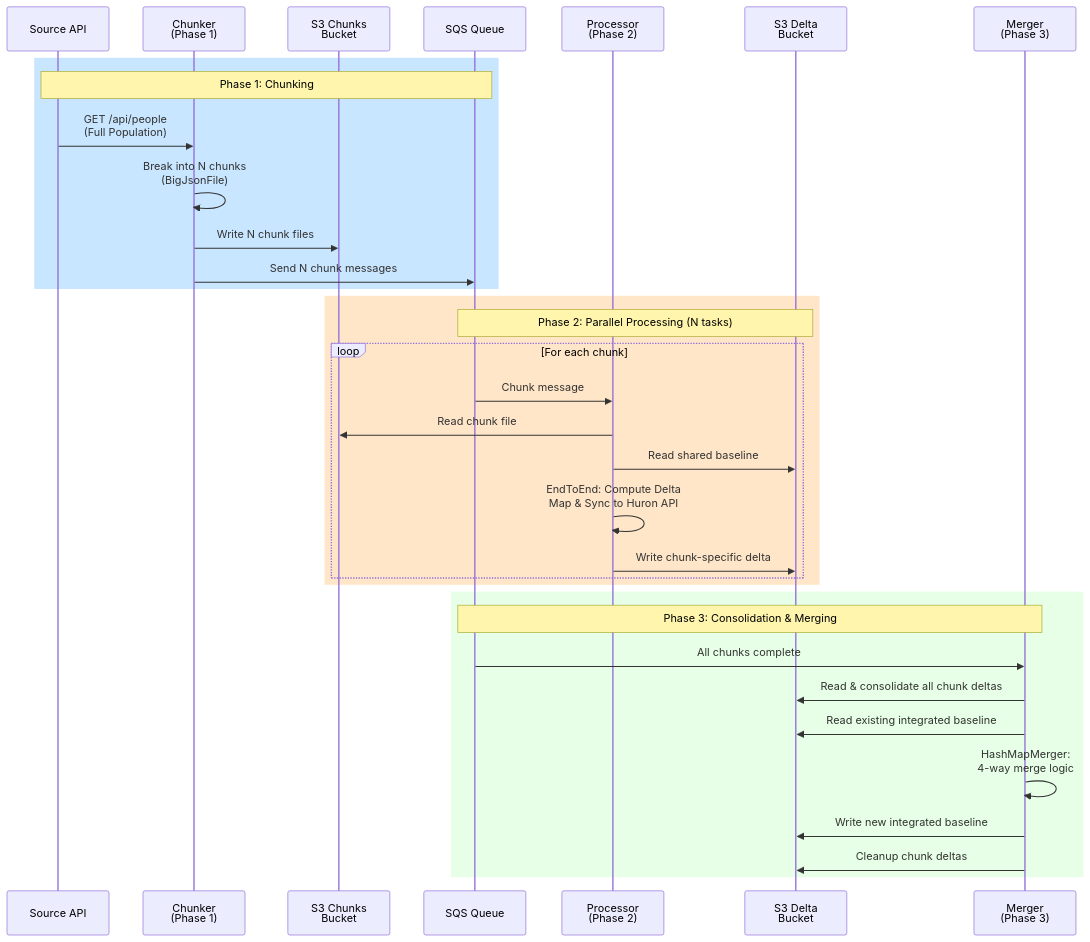
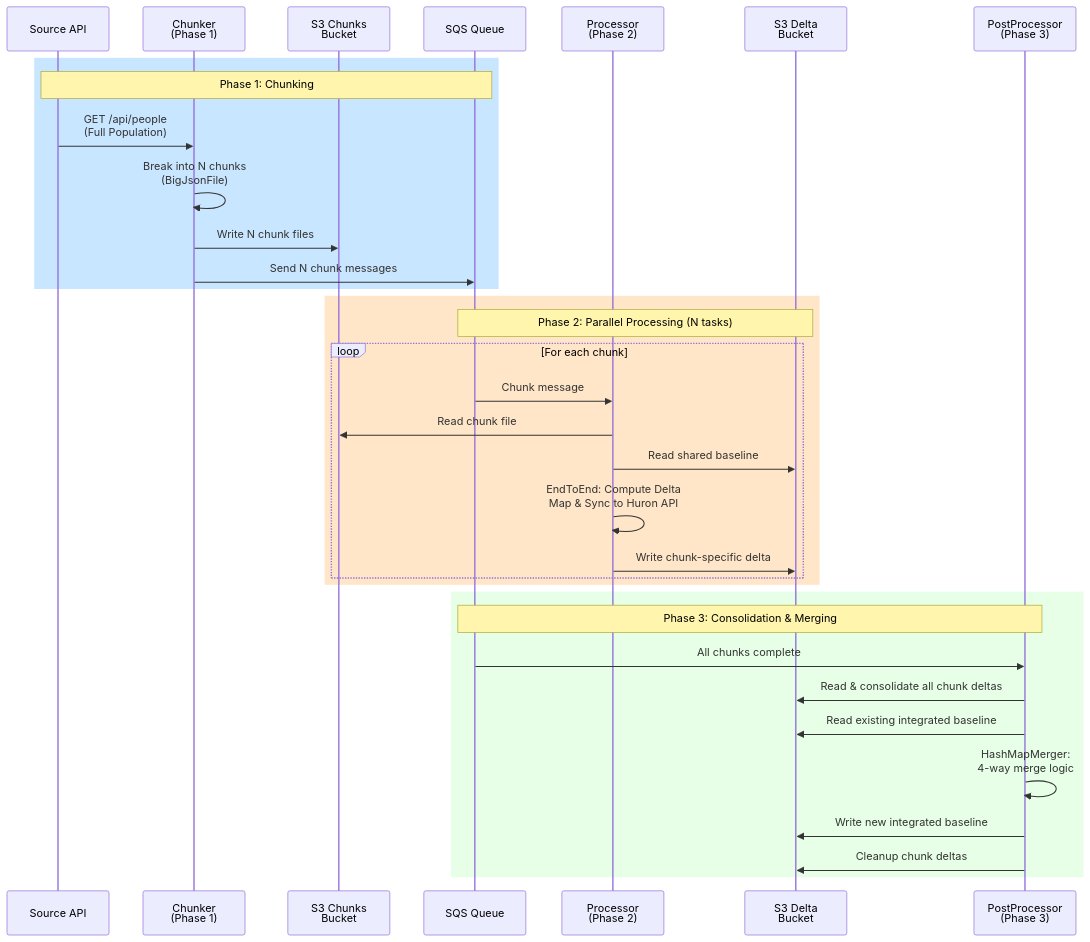
The second of 5 diagrams in src/delta-strategy/merging/README.md (whennemuth/integration-huron-person), drawn with Mermaid before and after one commit. The commit also changed other lines of this file and 4 other files, not shown here.

First line of the commit message:
Refer to the merger pipeline phase as the post-processor

````diff
--- a/src/delta-strategy/merging/README.md
+++ b/src/delta-strategy/merging/README.md
@@ -60,39 +60,39 @@
 ```mermaid
 sequenceDiagram
     participant API as Source API
     participant Chunker as Chunker<br/>(Phase 1)
     participant S3Chunks as S3 Chunks<br/>Bucket
     participant SQS as SQS Queue
     participant Processor as Processor<br/>(Phase 2)
     participant S3Delta as S3 Delta<br/>Bucket
-    participant Merger as Merger<br/>(Phase 3)
+    participant PostProcessor as PostProcessor<br/>(Phase 3)
     
     rect rgb(200, 230, 255)
     Note over API,SQS: Phase 1: Chunking
     API->>Chunker: GET /api/people<br/>(Full Population)
     Chunker->>Chunker: Break into N chunks<br/>(BigJsonFile)
     Chunker->>S3Chunks: Write N chunk files
     Chunker->>SQS: Send N chunk messages
     end
     
     rect rgb(255, 230, 200)
     Note over SQS,S3Delta: Phase 2: Parallel Processing (N tasks)
     loop For each chunk
         SQS->>Processor: Chunk message
         Processor->>S3Chunks: Read chunk file
         Processor->>S3Delta: Read shared baseline
         Processor->>Processor: EndToEnd: Compute Delta<br/>Map & Sync to Huron API
         Processor->>S3Delta: Write chunk-specific delta
     end
     end
     
     rect rgb(230, 255, 230)
-    Note over SQS,Merger: Phase 3: Consolidation & Merging
-    SQS->>Merger: All chunks complete
-    Merger->>S3Delta: Read & consolidate all chunk deltas
-    Merger->>S3Delta: Read existing integrated baseline
-    Merger->>Merger: HashMapMerger:<br/>4-way merge logic
-    Merger->>S3Delta: Write new integrated baseline
-    Merger->>S3Delta: Cleanup chunk deltas
+    Note over SQS,PostProcessor: Phase 3: Consolidation & Merging
+    SQS->>PostProcessor: All chunks complete
+    PostProcessor->>S3Delta: Read & consolidate all chunk deltas
+    PostProcessor->>S3Delta: Read existing integrated baseline
+    PostProcessor->>PostProcessor: HashMapMerger:<br/>4-way merge logic
+    PostProcessor->>S3Delta: Write new integrated baseline
+    PostProcessor->>S3Delta: Cleanup chunk deltas
     end
 ```
````
